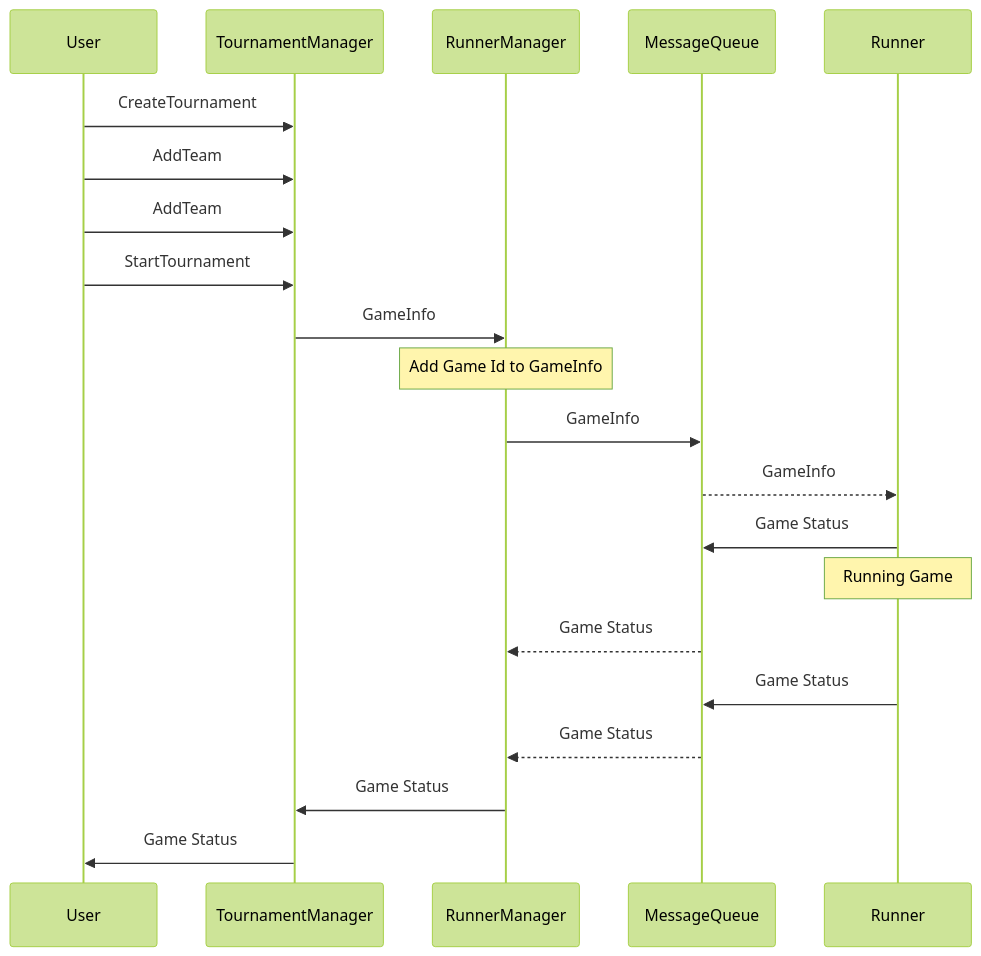
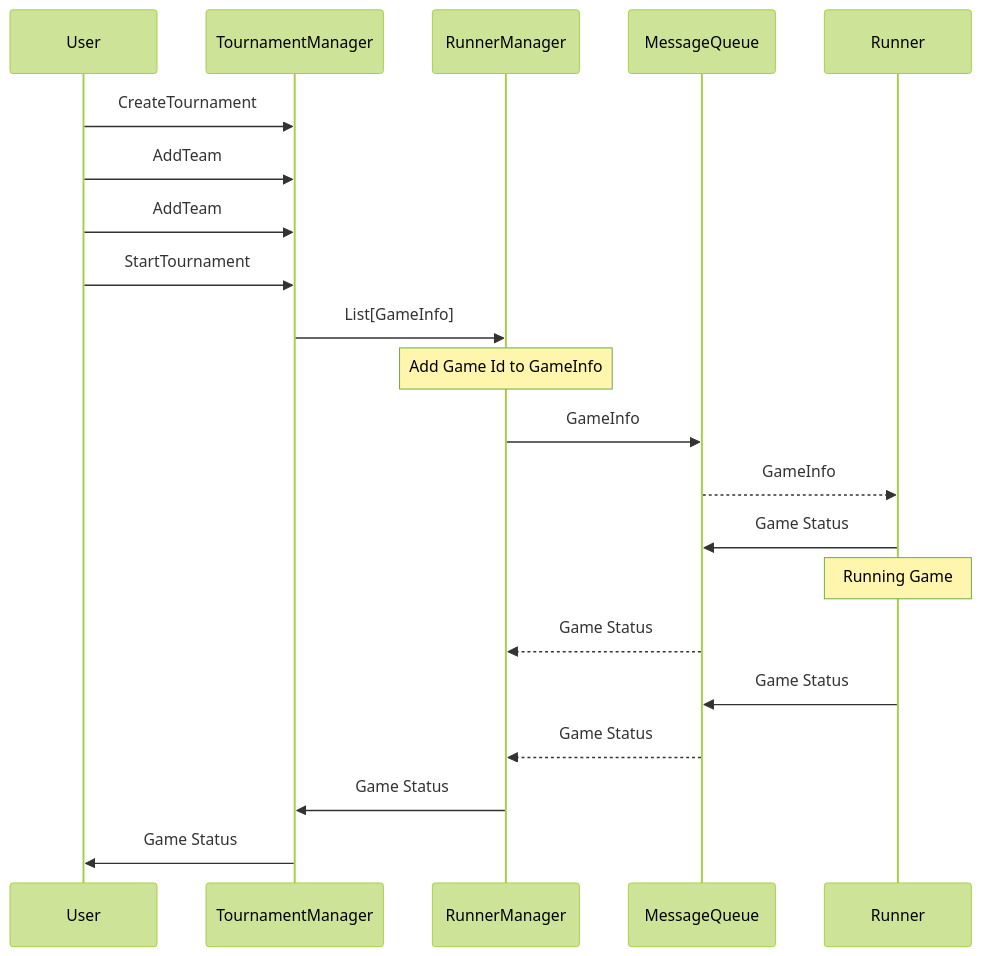
One commit to RCSS-Tournament-Manager/foxsy-tournament-manager changed the fourth of 4 diagrams in readme.md. Above: the diagram before and after it, drawn with Mermaid (forest theme).

````diff
--- a/readme.md
+++ b/readme.md
@@ -124,23 +124,23 @@
 ```mermaid
 sequenceDiagram
     participant U as User
     participant TM as TournamentManager
     participant RM as RunnerManager
     participant MQ as MessageQueue
     participant R as Runner
     U->>TM: CreateTournament
     U->>TM: AddTeam
     U->>TM: AddTeam
     U->>TM: StartTournament
-    TM->>RM: GameInfo
+    TM->>RM: List[GameInfo]
     Note over RM: Add Game Id to GameInfo
     RM->>MQ: GameInfo
     MQ-->>R: GameInfo
     R->>MQ: Game Status
     Note over R: Running Game
     MQ-->>RM: Game Status
     R->>MQ: Game Status
     MQ-->>RM: Game Status
     RM->>TM: Game Status
     TM->>U: Game Status
 ```
````
